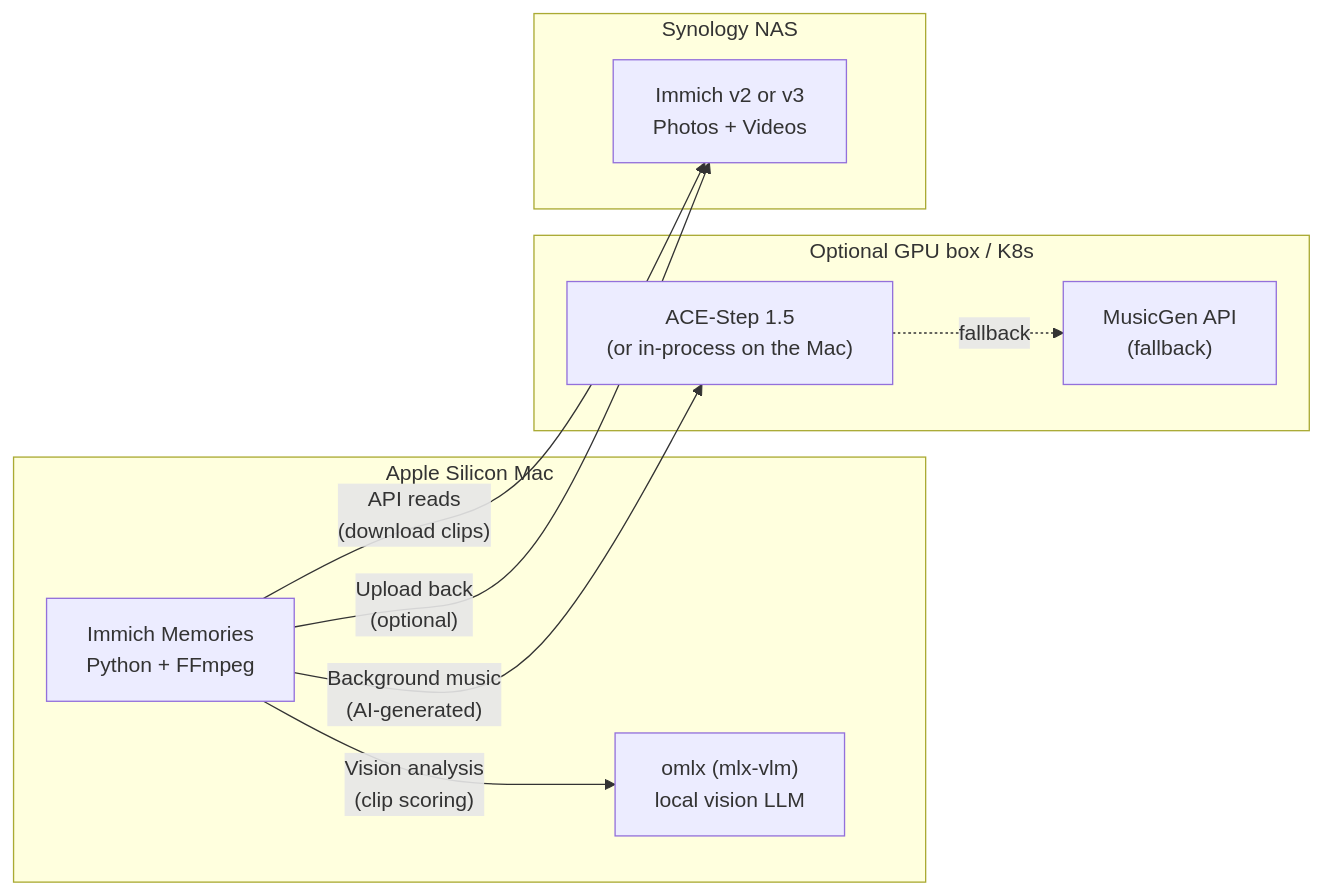
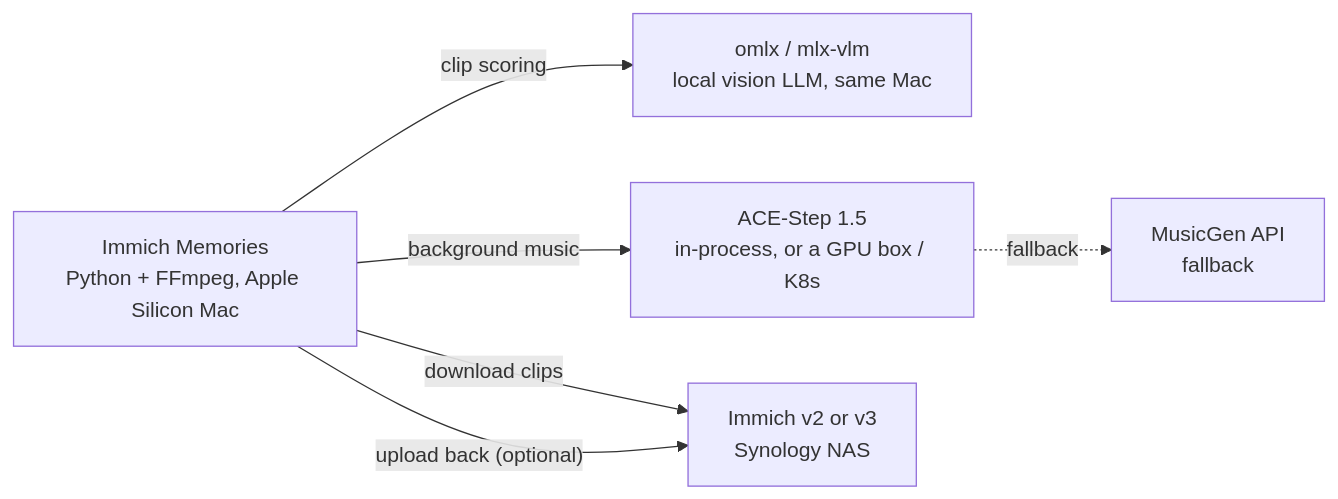
The diagram in README.md (chenzeyan54-commits/immich-video-memory-generator), drawn with Mermaid before and after one commit. The commit also changed other lines of this file and 4 other files, not shown here.

````diff
--- a/README.md
+++ b/README.md
@@ -194,22 +156,14 @@
 ```mermaid
 graph LR
-    subgraph "Apple Silicon Mac"
-        IM["Immich Memories<br/>Python + FFmpeg"]
-        LLM["omlx (mlx-vlm)<br/>local vision LLM"]
-    end
+    IM["Immich Memories<br/>Python + FFmpeg, Apple Silicon Mac"]
+    LLM["omlx / mlx-vlm<br/>local vision LLM, same Mac"]
+    ACE["ACE-Step 1.5<br/>in-process, or a GPU box / K8s"]
+    MG["MusicGen API<br/>fallback"]
+    Immich["Immich v2 or v3<br/>Synology NAS"]
 
-    subgraph "Optional GPU box / K8s"
-        ACE["ACE-Step 1.5<br/>(or in-process on the Mac)"]
-        MG["MusicGen API<br/>(fallback)"]
-    end
-
-    subgraph "Synology NAS"
-        Immich["Immich v2 or v3<br/>Photos + Videos"]
-    end
-
-    IM -->|"API reads<br/>(download clips)"| Immich
-    IM -->|"Vision analysis<br/>(clip scoring)"| LLM
-    IM -->|"Background music<br/>(AI-generated)"| ACE
+    IM -->|"download clips"| Immich
+    IM -->|"clip scoring"| LLM
+    IM -->|"background music"| ACE
     ACE -.->|"fallback"| MG
-    IM -->|"Upload back<br/>(optional)"| Immich
+    IM -->|"upload back (optional)"| Immich
 ```
````
